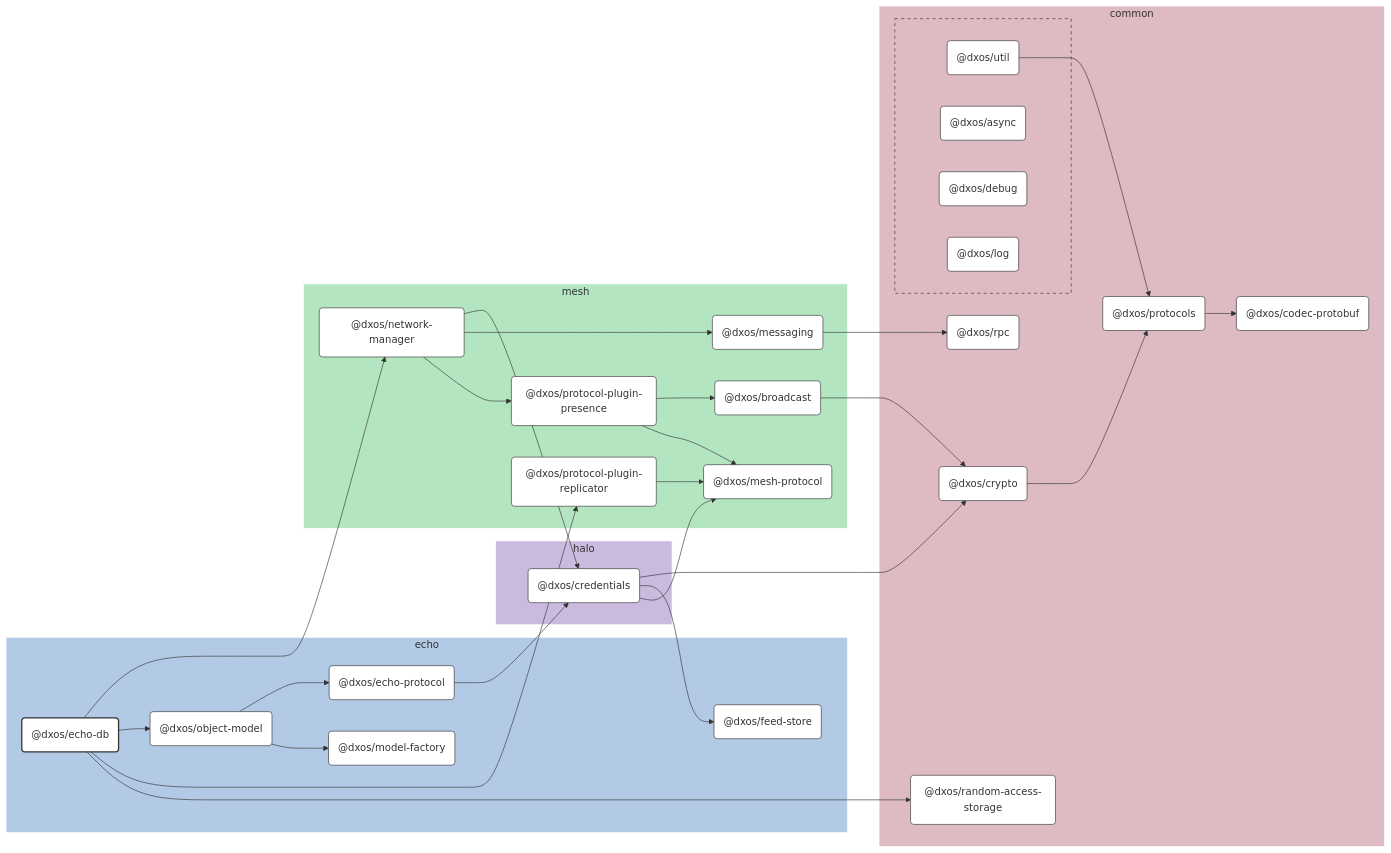
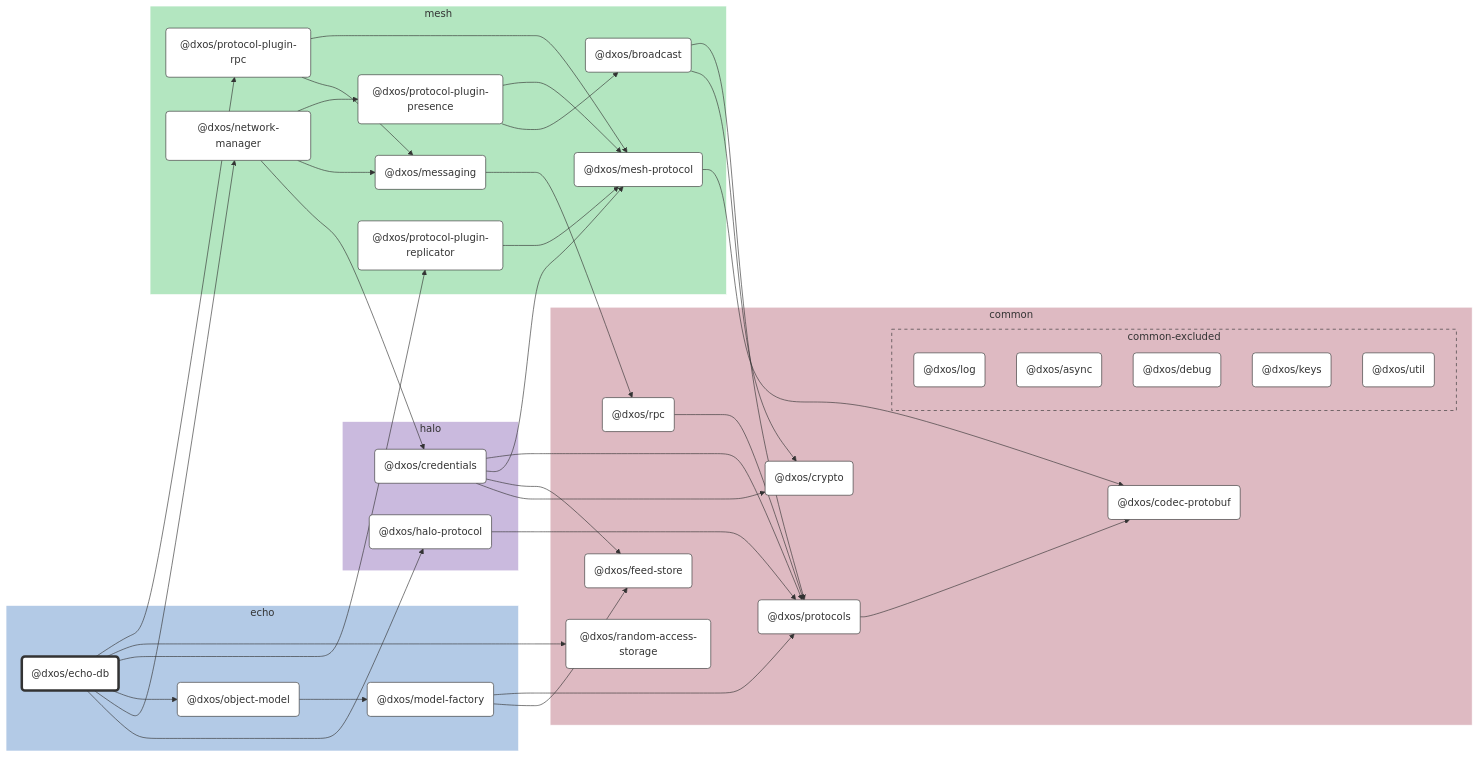
Before and after one commit to dxos/dxos: the diagram in packages/echo/echo-db/docs/README.md, drawn with Mermaid. The commit also changed other lines of this file and 683 other files, not shown here.

````diff
--- a/packages/echo/echo-db/docs/README.md
+++ b/packages/echo/echo-db/docs/README.md
@@ -9,124 +9,106 @@
 
 flowchart LR
 
-%% Links
-dxos/broadcast --> dxos/crypto;
-dxos/credentials --> dxos/crypto;
-dxos/credentials --> dxos/feed-store;
-dxos/credentials --> dxos/mesh-protocol;
-dxos/crypto --> dxos/protocols;
-dxos/echo-db --> dxos/network-manager;
-dxos/echo-db --> dxos/object-model;
-dxos/echo-db --> dxos/protocol-plugin-replicator;
-dxos/echo-db --> dxos/random-access-storage;
-dxos/echo-protocol --> dxos/credentials;
-dxos/messaging --> dxos/rpc;
-dxos/network-manager --> dxos/credentials;
-dxos/network-manager --> dxos/messaging;
-dxos/network-manager --> dxos/protocol-plugin-presence;
-dxos/object-model --> dxos/echo-protocol;
-dxos/object-model --> dxos/model-factory;
-dxos/protocol-plugin-presence --> dxos/broadcast;
-dxos/protocol-plugin-presence --> dxos/mesh-protocol;
-dxos/protocol-plugin-replicator --> dxos/mesh-protocol;
-dxos/protocols --> dxos/codec-protobuf;
-dxos/util --> dxos/protocols;
+%% Classes
+classDef def fill:#fff,stroke:#333,stroke-width:1px
+classDef root fill:#fff,stroke:#333,stroke-width:4px
 
-%% Sections
-subgraph echo
-  style echo fill:#b3cae6,stroke:#fff;
+%% Nodes
 
-  dxos/echo-db("@dxos/echo-db")
-  dxos/echo-protocol("@dxos/echo-protocol")
-  dxos/feed-store("@dxos/feed-store")
-  dxos/model-factory("@dxos/model-factory")
-  dxos/object-model("@dxos/object-model")
+subgraph echo [echo]
+  style echo fill:#b3cae6,stroke:#fff
+  dxos/echo-db("@dxos/echo-db"):::root
+  click dxos/echo-db "dxos/dxos/tree/main/packages/echo/echo-db/docs"
+  dxos/model-factory("@dxos/model-factory"):::def
+  click dxos/model-factory "dxos/dxos/tree/main/packages/echo/model-factory/docs"
+  dxos/object-model("@dxos/object-model"):::def
+  click dxos/object-model "dxos/dxos/tree/main/packages/echo/object-model/docs"
 end
 
-subgraph common
-  style common fill:#debac2,stroke:#fff;
+subgraph common [common]
+  style common fill:#debac2,stroke:#fff
+  dxos/codec-protobuf("@dxos/codec-protobuf"):::def
+  click dxos/codec-protobuf "dxos/dxos/tree/main/packages/common/codec-protobuf/docs"
+  dxos/crypto("@dxos/crypto"):::def
+  click dxos/crypto "dxos/dxos/tree/main/packages/common/crypto/docs"
+  dxos/feed-store("@dxos/feed-store"):::def
+  click dxos/feed-store "dxos/dxos/tree/main/packages/common/feed-store/docs"
+  dxos/protocols("@dxos/protocols"):::def
+  click dxos/protocols "dxos/dxos/tree/main/packages/common/protocols/docs"
+  dxos/rpc("@dxos/rpc"):::def
+  click dxos/rpc "dxos/dxos/tree/main/packages/common/rpc/docs"
+  dxos/random-access-storage("@dxos/random-access-storage"):::def
+  click dxos/random-access-storage "dxos/dxos/tree/main/packages/common/random-access-storage/docs"
 
-  dxos/codec-protobuf("@dxos/codec-protobuf")
-  dxos/crypto("@dxos/crypto")
-  dxos/protocols("@dxos/protocols")
-  dxos/random-access-storage("@dxos/random-access-storage")
-  dxos/rpc("@dxos/rpc")
-
-  subgraph common-excluded [ ]
-    style common-excluded fill:#debac2,stroke:#333,stroke-dasharray:5 5;
-
-    dxos/async("@dxos/async")
-    dxos/debug("@dxos/debug")
-    dxos/log("@dxos/log")
-    dxos/util("@dxos/util")
+  subgraph common-excluded [common-excluded]
+    style common-excluded fill:#debac2,stroke:#333,stroke-dasharray:5 5
+    dxos/log("@dxos/log"):::def
+    click dxos/log "dxos/dxos/tree/main/packages/common/log/docs"
+    dxos/async("@dxos/async"):::def
+    click dxos/async "dxos/dxos/tree/main/packages/common/async/docs"
+    dxos/debug("@dxos/debug"):::def
+    click dxos/debug "dxos/dxos/tree/main/packages/common/debug/docs"
+    dxos/keys("@dxos/keys"):::def
+    click dxos/keys "dxos/dxos/tree/main/packages/common/keys/docs"
+    dxos/util("@dxos/util"):::def
+    click dxos/util "dxos/dxos/tree/main/packages/common/util/docs"
   end
 end
 
-subgraph halo
-  style halo fill:#cabade,stroke:#fff;
-
-  dxos/credentials("@dxos/credentials")
+subgraph halo [halo]
+  style halo fill:#cabade,stroke:#fff
+  dxos/credentials("@dxos/credentials"):::def
+  click dxos/credentials "dxos/dxos/tree/main/packages/halo/credentials/docs"
+  dxos/halo-protocol("@dxos/halo-protocol"):::def
+  click dxos/halo-protocol "dxos/dxos/tree/main/packages/halo/halo-protocol/docs"
 end
 
-subgraph mesh
-  style mesh fill:#b3e6c0,stroke:#fff;
-
-  dxos/broadcast("@dxos/broadcast")
-  dxos/mesh-protocol("@dxos/mesh-protocol")
-  dxos/messaging("@dxos/messaging")
-  dxos/network-manager("@dxos/network-manager")
-  dxos/protocol-plugin-presence("@dxos/protocol-plugin-presence")
-  dxos/protocol-plugin-replicator("@dxos/protocol-plugin-replicator")
+subgraph mesh [mesh]
+  style mesh fill:#b3e6c0,stroke:#fff
+  dxos/mesh-protocol("@dxos/mesh-protocol"):::def
+  click dxos/mesh-protocol "dxos/dxos/tree/main/packages/mesh/mesh-protocol/docs"
+  dxos/messaging("@dxos/messaging"):::def
+  click dxos/messaging "dxos/dxos/tree/main/packages/mesh/messaging/docs"
+  dxos/network-manager("@dxos/network-manager"):::def
+  click dxos/network-manager "dxos/dxos/tree/main/packages/mesh/network-manager/docs"
+  dxos/protocol-plugin-presence("@dxos/protocol-plugin-presence"):::def
+  click dxos/protocol-plugin-presence "dxos/dxos/tree/main/packages/mesh/protocol-plugin-presence/docs"
+  dxos/broadcast("@dxos/broadcast"):::def
+  click dxos/broadcast "dxos/dxos/tree/main/packages/mesh/broadcast/docs"
+  dxos/protocol-plugin-replicator("@dxos/protocol-plugin-replicator"):::def
+  click dxos/protocol-plugin-replicator "dxos/dxos/tree/main/packages/mesh/protocol-plugin-replicator/docs"
+  dxos/protocol-plugin-rpc("@dxos/protocol-plugin-rpc"):::def
+  click dxos/protocol-plugin-rpc "dxos/dxos/tree/main/packages/mesh/protocol-plugin-rpc/docs"
 end
 
-
-%% Hyperlinks
-click dxos/async "dxos/dxos/tree/main/packages/common/async/docs";
-click dxos/broadcast "dxos/dxos/tree/main/packages/mesh/broadcast/docs";
-click dxos/codec-protobuf "dxos/dxos/tree/main/packages/common/codec-protobuf/docs";
-click dxos/credentials "dxos/dxos/tree/main/packages/halo/credentials/docs";
-click dxos/crypto "dxos/dxos/tree/main/packages/common/crypto/docs";
-click dxos/debug "dxos/dxos/tree/main/packages/common/debug/docs";
-click dxos/echo-protocol "dxos/dxos/tree/main/packages/echo/echo-protocol/docs";
-click dxos/feed-store "dxos/dxos/tree/main/packages/echo/feed-store/docs";
-click dxos/log "dxos/dxos/tree/main/packages/common/log/docs";
-click dxos/mesh-protocol "dxos/dxos/tree/main/packages/mesh/mesh-protocol/docs";
-click dxos/messaging "dxos/dxos/tree/main/packages/mesh/messaging/docs";
-click dxos/model-factory "dxos/dxos/tree/main/packages/echo/model-factory/docs";
-click dxos/network-manager "dxos/dxos/tree/main/packages/mesh/network-manager/docs";
-click dxos/object-model "dxos/dxos/tree/main/packages/echo/object-model/docs";
-click dxos/protocol-plugin-presence "dxos/dxos/tree/main/packages/mesh/protocol-plugin-presence/docs";
-click dxos/protocol-plugin-replicator "dxos/dxos/tree/main/packages/mesh/protocol-plugin-replicator/docs";
-click dxos/protocols "dxos/dxos/tree/main/packages/common/protocols/docs";
-click dxos/random-access-storage "dxos/dxos/tree/main/packages/common/random-access-storage/docs";
-click dxos/rpc "dxos/dxos/tree/main/packages/common/rpc/docs";
-click dxos/util "dxos/dxos/tree/main/packages/common/util/docs";
-
-%% Styles
-classDef rootNode fill:#fff,stroke:#333,stroke-width:2px
-classDef defaultNode fill:#fff,stroke:#333,stroke-width:1px
+%% Links
 linkStyle default stroke:#333,stroke-width:1px
-
-dxos/echo-db:::rootNode
-
-dxos/async:::defaultNode
-dxos/broadcast:::defaultNode
-dxos/codec-protobuf:::defaultNode
-dxos/credentials:::defaultNode
-dxos/crypto:::defaultNode
-dxos/debug:::defaultNode
-dxos/echo-protocol:::defaultNode
-dxos/feed-store:::defaultNode
-dxos/log:::defaultNode
-dxos/mesh-protocol:::defaultNode
-dxos/messaging:::defaultNode
-dxos/model-factory:::defaultNode
-dxos/network-manager:::defaultNode
-dxos/object-model:::defaultNode
-dxos/protocol-plugin-presence:::defaultNode
-dxos/protocol-plugin-replicator:::defaultNode
-dxos/protocols:::defaultNode
-dxos/random-access-storage:::defaultNode
-dxos/rpc:::defaultNode
-dxos/util:::defaultNode
+dxos/credentials --> dxos/crypto
+dxos/credentials --> dxos/feed-store
+dxos/credentials --> dxos/mesh-protocol
+dxos/mesh-protocol --> dxos/codec-protobuf
+dxos/credentials --> dxos/protocols
+dxos/protocols --> dxos/codec-protobuf
+dxos/echo-db --> dxos/halo-protocol
+dxos/halo-protocol --> dxos/protocols
+dxos/messaging --> dxos/rpc
+dxos/rpc --> dxos/protocols
+dxos/model-factory --> dxos/feed-store
+dxos/model-factory --> dxos/protocols
+dxos/echo-db --> dxos/network-manager
+dxos/network-manager --> dxos/credentials
+dxos/network-manager --> dxos/messaging
+dxos/network-manager --> dxos/protocol-plugin-presence
+dxos/protocol-plugin-presence --> dxos/broadcast
+dxos/broadcast --> dxos/crypto
+dxos/broadcast --> dxos/protocols
+dxos/protocol-plugin-presence --> dxos/mesh-protocol
+dxos/echo-db --> dxos/object-model
+dxos/object-model --> dxos/model-factory
+dxos/echo-db --> dxos/protocol-plugin-replicator
+dxos/protocol-plugin-replicator --> dxos/mesh-protocol
+dxos/echo-db --> dxos/random-access-storage
+dxos/echo-db --> dxos/protocol-plugin-rpc
+dxos/protocol-plugin-rpc --> dxos/messaging
+dxos/protocol-plugin-rpc --> dxos/mesh-protocol
 ```
````
